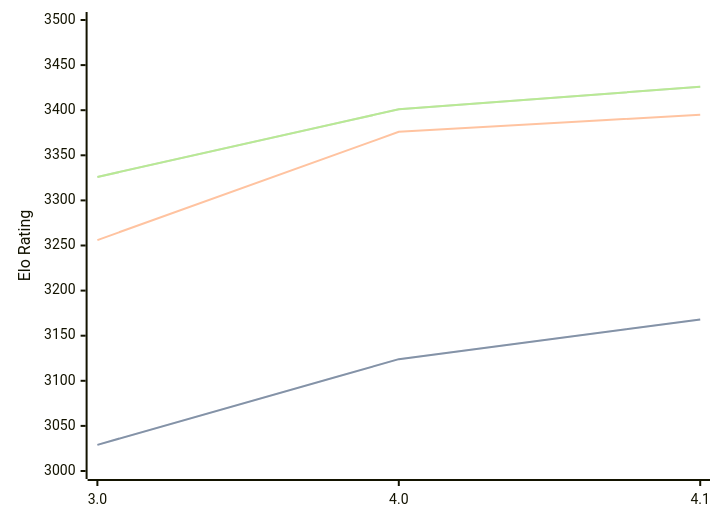
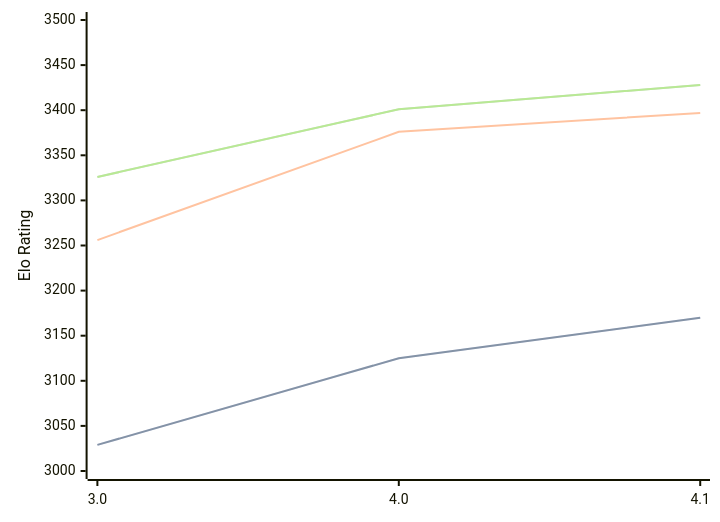
One commit to computer-chess-index/cci changed the diagram in engines/Eleanor.md. Above: the diagram before and after it, drawn with Mermaid. The commit also changed other lines of this file, not shown here.

Commit message:
Update CCI Ratings (ELO VLTC) - 2026-09-09

````diff
--- a/engines/Eleanor.md
+++ b/engines/Eleanor.md
@@ -33,11 +33,11 @@
 ```mermaid
 %%{init: {"theme":"base","themeVariables":{"seriesColors:['#a3a3a3','#222221','#faa371']}}}%%
 xychart-beta
   x-axis ["3.0", "4.0", "4.1"]
   y-axis "Elo Rating" 3000 --> 3500
-  line "" [3029, 3124, 3168]
-  line "STC (8.0+0.08s)" [3029, 3124, 3168]
-  line "LTC (60.0+0.60s)" [3256, 3376, 3395]
-  line "" [3326, 3401, 3426]
-  line "VLTC (2m24s+1.12s)" [3326, 3401, 3426]
+  line "" [3029, 3125, 3170]
+  line "STC (8.0+0.08s)" [3029, 3125, 3170]
+  line "LTC (60.0+0.60s)" [3256, 3376, 3397]
+  line "" [3326, 3401, 3428]
+  line "VLTC (2m24s+1.12s)" [3326, 3401, 3428]
 ```
````
